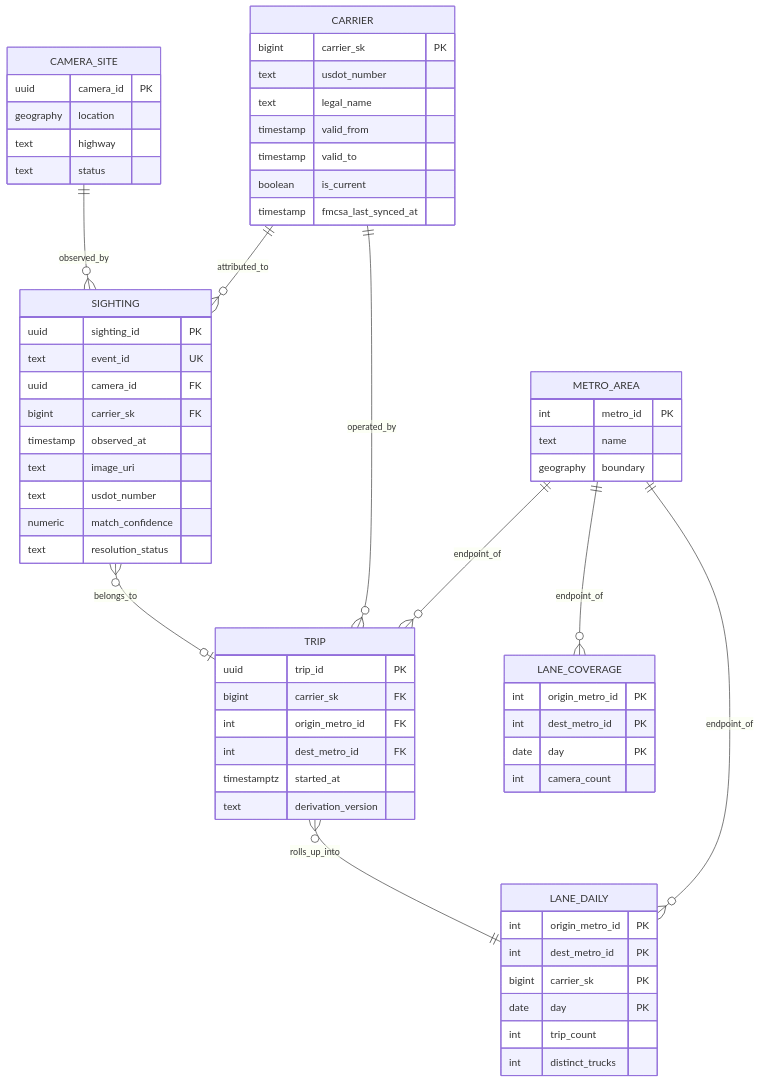
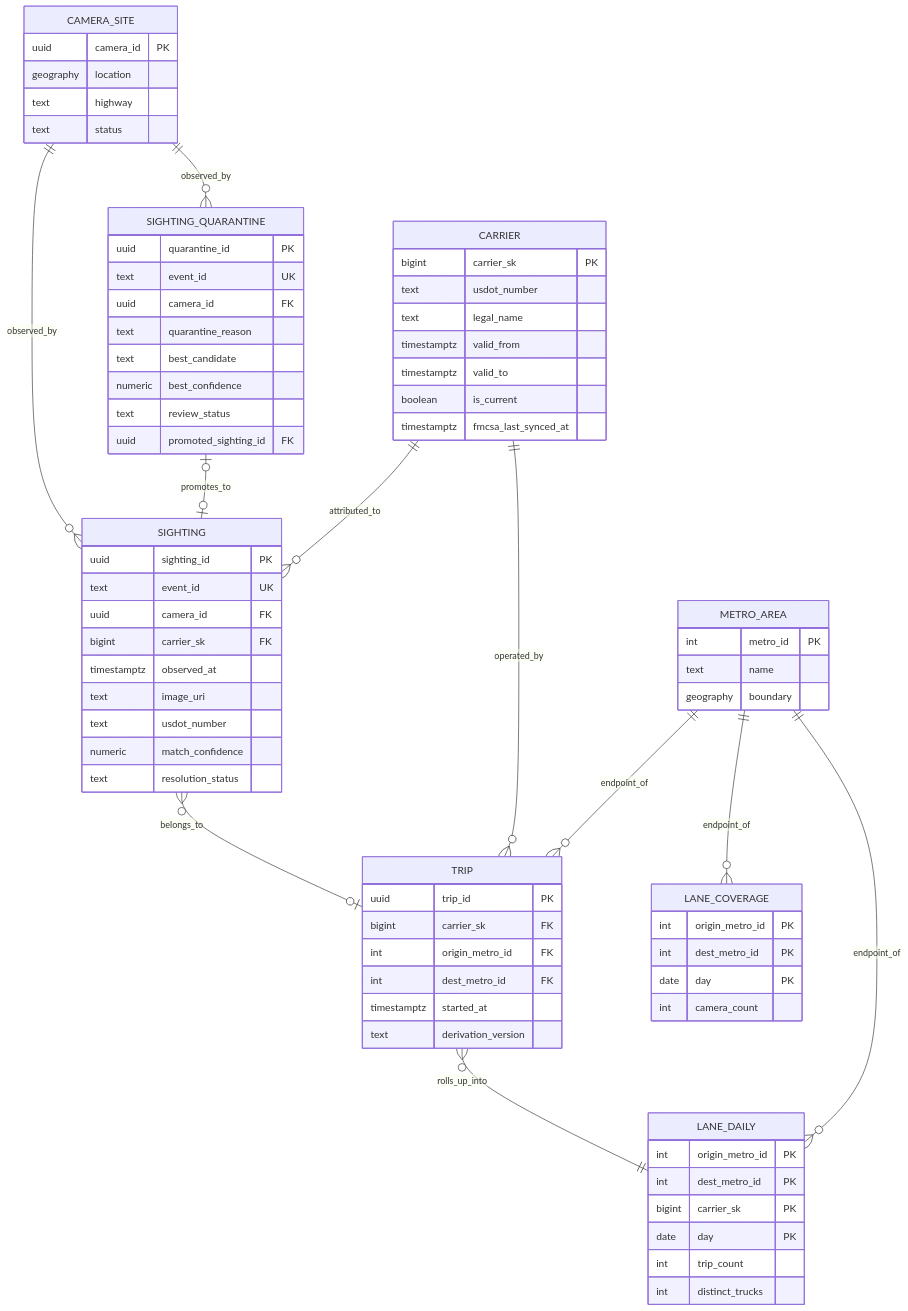
Before and after one commit to khactrungphamteo/Genlogs-take-home: the fourth of 4 diagrams in Genlogs-take-home-solution.md, drawn with Mermaid.

Commit message:
Add SIGHTING_QUARANTINE entity and update timestamp fields in database design

````diff
--- a/Genlogs-take-home-solution.md
+++ b/Genlogs-take-home-solution.md
@@ -137,65 +137,76 @@
 ```mermaid
 erDiagram
   CAMERA_SITE ||--o{ SIGHTING : observed_by
+  CAMERA_SITE ||--o{ SIGHTING_QUARANTINE : observed_by
+  SIGHTING_QUARANTINE |o--o| SIGHTING : promotes_to
   CARRIER ||--o{ SIGHTING : attributed_to
   SIGHTING }o--o| TRIP : belongs_to
   CARRIER ||--o{ TRIP : operated_by
   TRIP }o--|| LANE_DAILY : rolls_up_into
   METRO_AREA ||--o{ TRIP : endpoint_of
   METRO_AREA ||--o{ LANE_DAILY : endpoint_of
   METRO_AREA ||--o{ LANE_COVERAGE : endpoint_of
-
   CARRIER {
     bigint carrier_sk PK
     text usdot_number
     text legal_name
-    timestamp valid_from
-    timestamp valid_to
+    timestamptz valid_from
+    timestamptz valid_to
     boolean is_current
-    timestamp fmcsa_last_synced_at
+    timestamptz fmcsa_last_synced_at
   }
   SIGHTING {
     uuid sighting_id PK
     text event_id UK
     uuid camera_id FK
     bigint carrier_sk FK
-    timestamp observed_at
+    timestamptz observed_at
     text image_uri
     text usdot_number
     numeric match_confidence
     text resolution_status
   }
   TRIP {
     uuid trip_id PK
     bigint carrier_sk FK
     int origin_metro_id FK
     int dest_metro_id FK
     timestamptz started_at
     text derivation_version
   }
   LANE_DAILY {
     int origin_metro_id PK
     int dest_metro_id PK
     bigint carrier_sk PK
     date day PK
     int trip_count
     int distinct_trucks
   }
+  SIGHTING_QUARANTINE {
+    uuid quarantine_id PK
+    text event_id UK
+    uuid camera_id FK
+    text quarantine_reason
+    text best_candidate
+    numeric best_confidence
+    text review_status
+    uuid promoted_sighting_id FK
+  }
   CAMERA_SITE {
     uuid camera_id PK
     geography location
     text highway
     text status
   }
   METRO_AREA {
     int metro_id PK
     text name
     geography boundary
   }
   LANE_COVERAGE {
     int origin_metro_id PK
     int dest_metro_id PK
     date day PK
     int camera_count
   }
 ```
````
